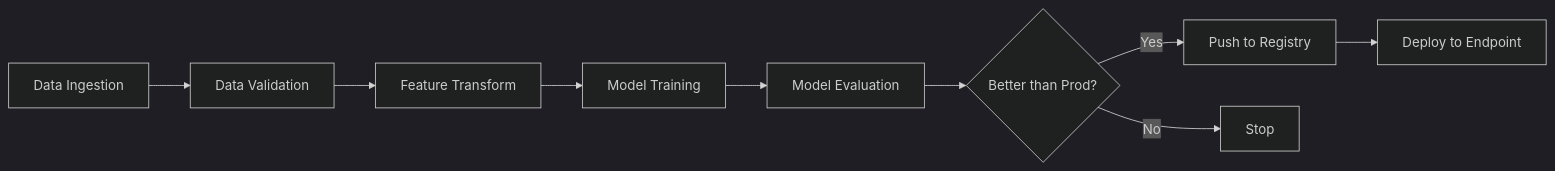
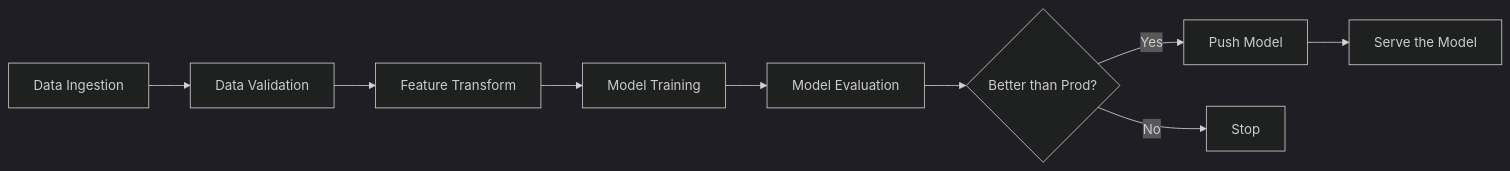
Before and after one commit to OneUptime/blog: the diagram in posts/2026-02-17-how-to-orchestrate-multi-step-ml-workflows-with-vertex-ai-pipelines-and-tfx/README.md, drawn with Mermaid (dark theme). The commit also changed other lines of this file and 2 other files, not shown here.

````diff
--- a/posts/2026-02-17-how-to-orchestrate-multi-step-ml-workflows-with-vertex-ai-pipelines-and-tfx/README.md
+++ b/posts/2026-02-17-how-to-orchestrate-multi-step-ml-workflows-with-vertex-ai-pipelines-and-tfx/README.md
@@ -19,11 +19,11 @@
 ```mermaid
 graph LR
     A[Data Ingestion] --> B[Data Validation]
     B --> C[Feature Transform]
     C --> D[Model Training]
     D --> E[Model Evaluation]
     E --> F{Better than Prod?}
-    F -->|Yes| G[Push to Registry]
+    F -->|Yes| G[Push Model]
     F -->|No| H[Stop]
-    G --> I[Deploy to Endpoint]
+    G --> I[Serve the Model]
 ```
````
